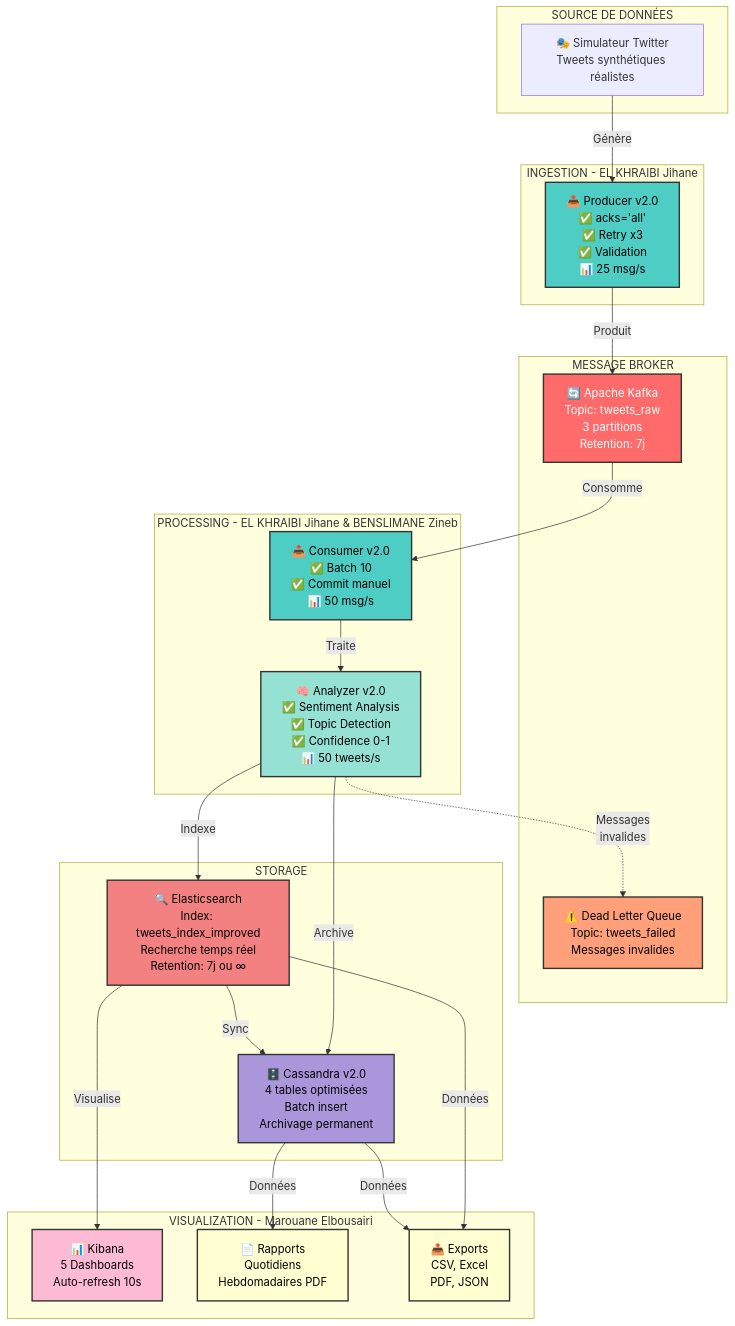
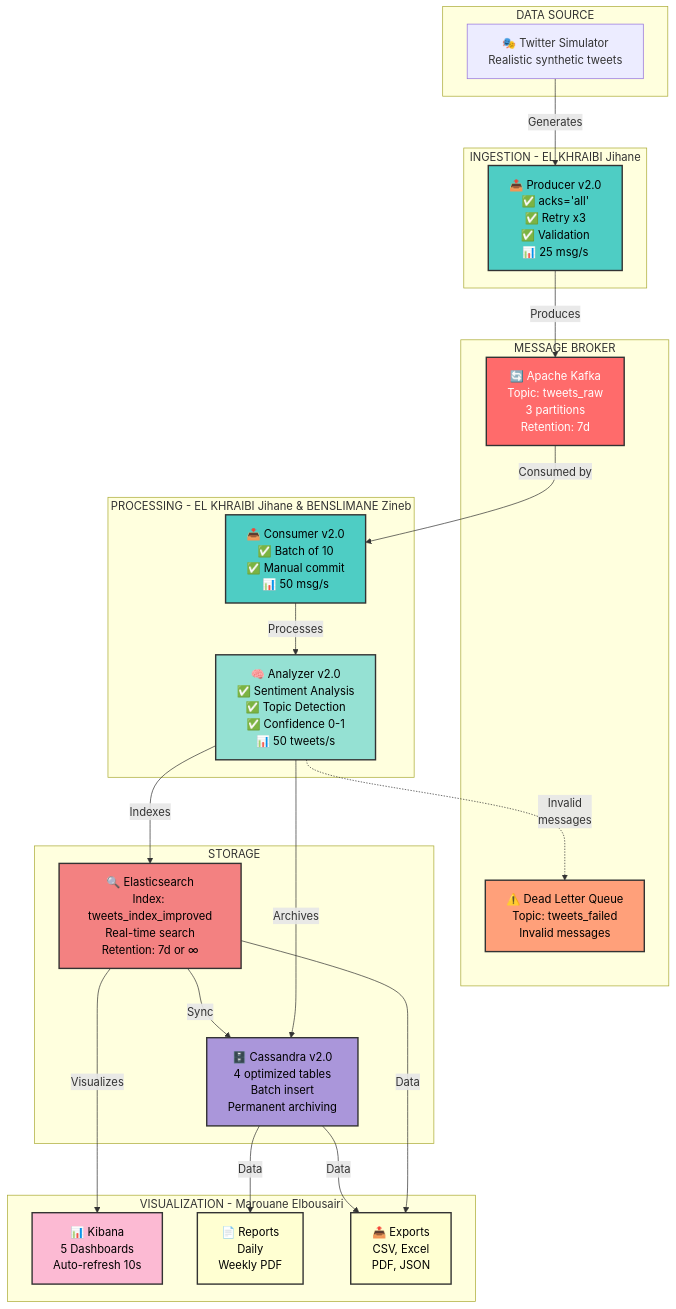
The first of 2 diagrams in README.md (jeyji1949/Real-time-tweets-streaming), drawn with Mermaid before and after one commit. The commit also changed other lines of this file, not shown here.

````diff
--- a/README.md
+++ b/README.md
@@ -31,55 +31,55 @@
 ```mermaid
 graph TB
-    subgraph "SOURCE DE DONNÉES"
-        SIM[🎭 Simulateur Twitter<br/>Tweets synthétiques réalistes]
+    subgraph "DATA SOURCE"
+        SIM[🎭 Twitter Simulator<br/>Realistic synthetic tweets]
     end
     
     subgraph "INGESTION - EL KHRAIBI Jihane"
         PROD[📤 Producer v2.0<br/>✅ acks='all'<br/>✅ Retry x3<br/>✅ Validation<br/>📊 25 msg/s]
     end
     
     subgraph "MESSAGE BROKER"
-        KAFKA[🔄 Apache Kafka<br/>Topic: tweets_raw<br/>3 partitions<br/>Retention: 7j]
-        DLQ[⚠️ Dead Letter Queue<br/>Topic: tweets_failed<br/>Messages invalides]
+        KAFKA[🔄 Apache Kafka<br/>Topic: tweets_raw<br/>3 partitions<br/>Retention: 7d]
+        DLQ[⚠️ Dead Letter Queue<br/>Topic: tweets_failed<br/>Invalid messages]
     end
     
     subgraph "PROCESSING - EL KHRAIBI Jihane & BENSLIMANE Zineb"
-        CONS[📥 Consumer v2.0<br/>✅ Batch 10<br/>✅ Commit manuel<br/>📊 50 msg/s]
+        CONS[📥 Consumer v2.0<br/>✅ Batch of 10<br/>✅ Manual commit<br/>📊 50 msg/s]
         ANAL[🧠 Analyzer v2.0<br/>✅ Sentiment Analysis<br/>✅ Topic Detection<br/>✅ Confidence 0-1<br/>📊 50 tweets/s]
     end
     
     subgraph "STORAGE"
-        ES[🔍 Elasticsearch<br/>Index: tweets_index_improved<br/>Recherche temps réel<br/>Retention: 7j ou ∞]
-        CASS[🗄️ Cassandra v2.0<br/>4 tables optimisées<br/>Batch insert<br/>Archivage permanent]
+        ES[🔍 Elasticsearch<br/>Index: tweets_index_improved<br/>Real-time search<br/>Retention: 7d or ∞]
+        CASS[🗄️ Cassandra v2.0<br/>4 optimized tables<br/>Batch insert<br/>Permanent archiving]
     end
     
     subgraph "VISUALIZATION - Marouane Elbousairi"
         KIB[📊 Kibana<br/>5 Dashboards<br/>Auto-refresh 10s]
-        REP[📄 Rapports<br/>Quotidiens<br/>Hebdomadaires PDF]
+        REP[📄 Reports<br/>Daily<br/>Weekly PDF]
         EXP[📤 Exports<br/>CSV, Excel<br/>PDF, JSON]
     end
     
-    SIM -->|Génère| PROD
-    PROD -->|Produit| KAFKA
-    KAFKA -->|Consomme| CONS
-    CONS -->|Traite| ANAL
-    ANAL -->|Indexe| ES
-    ANAL -->|Archive| CASS
-    ANAL -.->|Messages<br/>invalides| DLQ
+    SIM -->|Generates| PROD
+    PROD -->|Produces| KAFKA
+    KAFKA -->|Consumed by| CONS
+    CONS -->|Processes| ANAL
+    ANAL -->|Indexes| ES
+    ANAL -->|Archives| CASS
+    ANAL -.->|Invalid<br/>messages| DLQ
     ES -->|Sync| CASS
-    ES -->|Visualise| KIB
-    CASS -->|Données| REP
-    ES -->|Données| EXP
-    CASS -->|Données| EXP
+    ES -->|Visualizes| KIB
+    CASS -->|Data| REP
+    ES -->|Data| EXP
+    CASS -->|Data| EXP
     
     style PROD fill:#4ECDC4,stroke:#333,stroke-width:2px,color:#000
     style CONS fill:#4ECDC4,stroke:#333,stroke-width:2px,color:#000
     style ANAL fill:#95E1D3,stroke:#333,stroke-width:2px,color:#000
     style KAFKA fill:#FF6B6B,stroke:#333,stroke-width:2px,color:#fff
     style DLQ fill:#FFA07A,stroke:#333,stroke-width:2px,color:#000
     style ES fill:#F38181,stroke:#333,stroke-width:2px,color:#000
     style CASS fill:#AA96DA,stroke:#333,stroke-width:2px,color:#000
     style KIB fill:#FCBAD3,stroke:#333,stroke-width:2px,color:#000
     style REP fill:#FFFFD2,stroke:#333,stroke-width:2px,color:#000
     style EXP fill:#FFFFD2,stroke:#333,stroke-width:2px,color:#000
 ```
````
